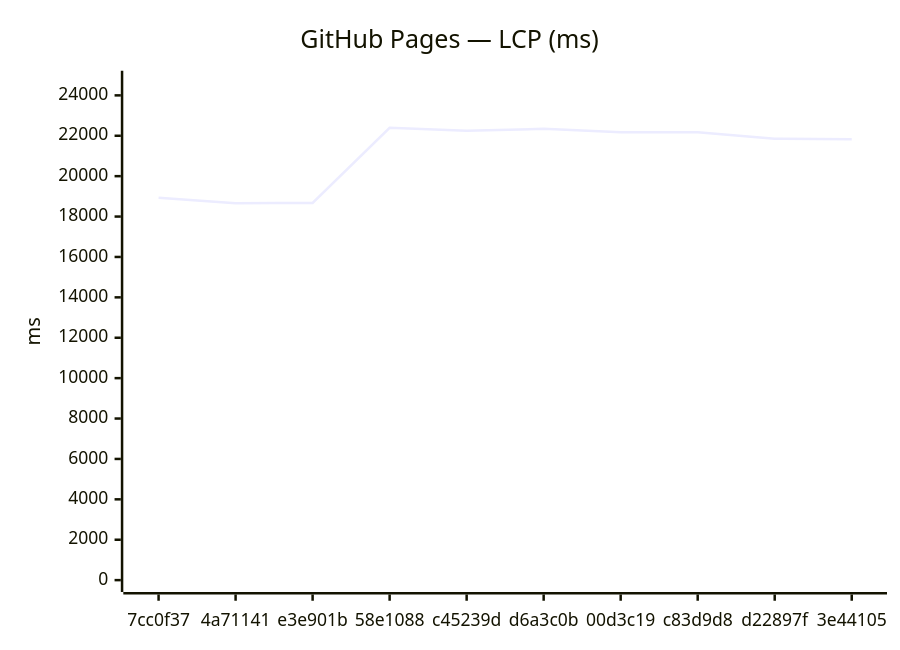
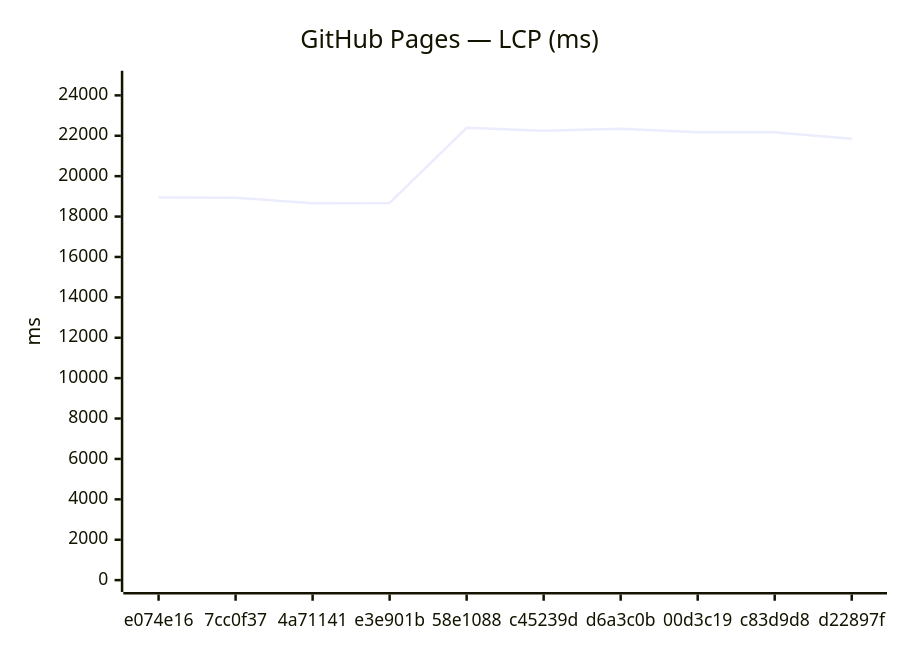
Before and after one commit to Metaheurist/Rianell: the third of 18 diagrams in benchmarks/compare.md, drawn with Mermaid. The commit also changed other lines of this file and 11 other files, not shown here.

````diff
--- a/benchmarks/compare.md
+++ b/benchmarks/compare.md
@@ -54,7 +54,7 @@
 ```mermaid
 xychart-beta
     title "GitHub Pages — LCP (ms)"
-    x-axis ["7cc0f37", "4a71141", "e3e901b", "58e1088", "c45239d", "d6a3c0b", "00d3c19", "c83d9d8", "d22897f", "3e44105"]
+    x-axis ["e074e16", "7cc0f37", "4a71141", "e3e901b", "58e1088", "c45239d", "d6a3c0b", "00d3c19", "c83d9d8", "d22897f"]
     y-axis "ms" 0 --> 24631
-    line [18936, 18660, 18674, 22391, 22250, 22344, 22178, 22170, 21853, 21828]
+    line [18940, 18936, 18660, 18674, 22391, 22250, 22344, 22178, 22170, 21853]
 ```
````
